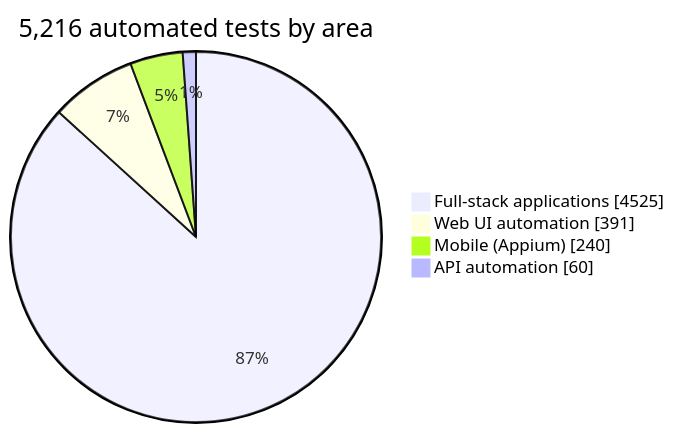
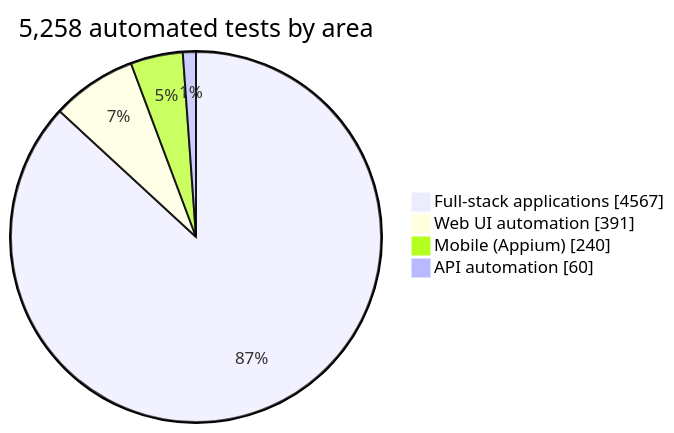
The first of 15 diagrams in README.md (rbchy/rbchy), drawn with Mermaid before and after one commit. The commit also changed other lines of this file and 13 other files, not shown here.

````diff
--- a/README.md
+++ b/README.md
@@ -89,8 +90,8 @@
 ```mermaid
 pie showData
-    title 5,216 automated tests by area
-    "Full-stack applications" : 4525
+    title 5,258 automated tests by area
+    "Full-stack applications" : 4567
     "Web UI automation" : 391
     "Mobile (Appium)" : 240
     "API automation" : 60
 ```
````
